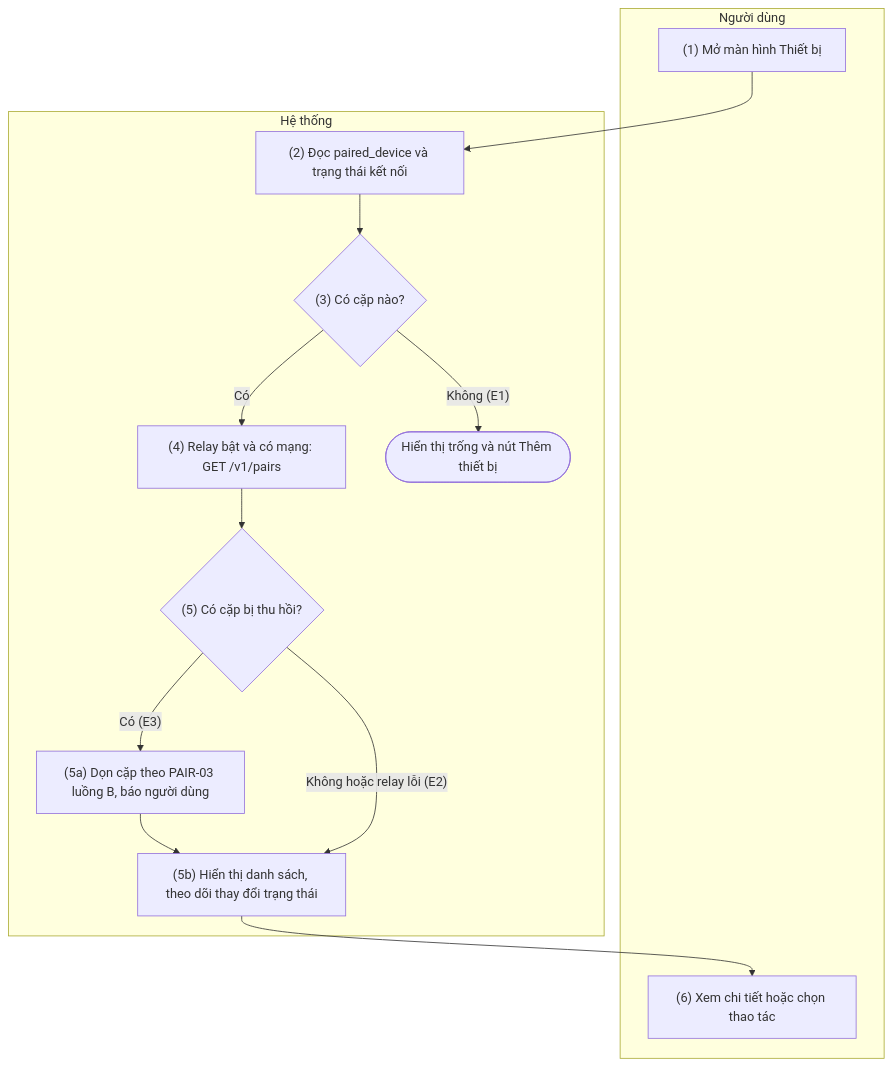
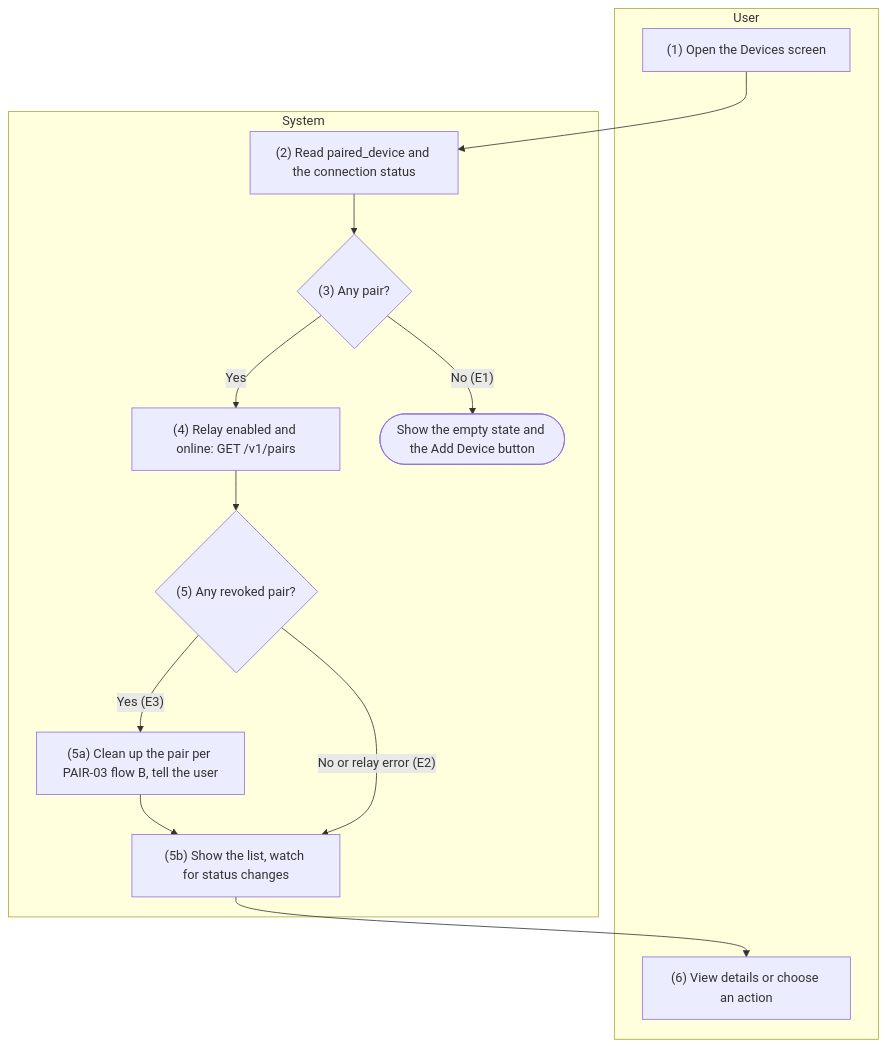
One commit to HandLive/handlive changed the second of 3 diagrams in docs/detailed-design/02-pairing.md. Above: the diagram before and after it, drawn with Mermaid. The commit also changed other lines of this file and 1 other file, not shown here.

````diff
--- a/docs/detailed-design/02-pairing.md
+++ b/docs/detailed-design/02-pairing.md
@@ -458,22 +470,22 @@
 ```mermaid
 flowchart TB
-  subgraph ND["Người dùng"]
-    U1["(1) Mở màn hình Thiết bị"]
-    U6["(6) Xem chi tiết hoặc chọn thao tác"]
+  subgraph ND["User"]
+    U1["(1) Open the Devices screen"]
+    U6["(6) View details or choose an action"]
   end
-  subgraph HT["Hệ thống"]
-    S2["(2) Đọc paired_device và trạng thái kết nối"]
-    D3{"(3) Có cặp nào?"}
-    S4["(4) Relay bật và có mạng: GET /v1/pairs"]
-    D5{"(5) Có cặp bị thu hồi?"}
-    S5a["(5a) Dọn cặp theo PAIR-03 luồng B, báo người dùng"]
-    S5b["(5b) Hiển thị danh sách, theo dõi thay đổi trạng thái"]
-    X1(["Hiển thị trống và nút Thêm thiết bị"])
+  subgraph HT["System"]
+    S2["(2) Read paired_device and the connection status"]
+    D3{"(3) Any pair?"}
+    S4["(4) Relay enabled and online: GET /v1/pairs"]
+    D5{"(5) Any revoked pair?"}
+    S5a["(5a) Clean up the pair per PAIR-03 flow B, tell the user"]
+    S5b["(5b) Show the list, watch for status changes"]
+    X1(["Show the empty state and the Add Device button"])
   end
   U1 --> S2 --> D3
-  D3 -- "Không (E1)" --> X1
-  D3 -- "Có" --> S4 --> D5
-  D5 -- "Có (E3)" --> S5a --> S5b
-  D5 -- "Không hoặc relay lỗi (E2)" --> S5b
+  D3 -- "No (E1)" --> X1
+  D3 -- "Yes" --> S4 --> D5
+  D5 -- "Yes (E3)" --> S5a --> S5b
+  D5 -- "No or relay error (E2)" --> S5b
   S5b --> U6
 ```
````
